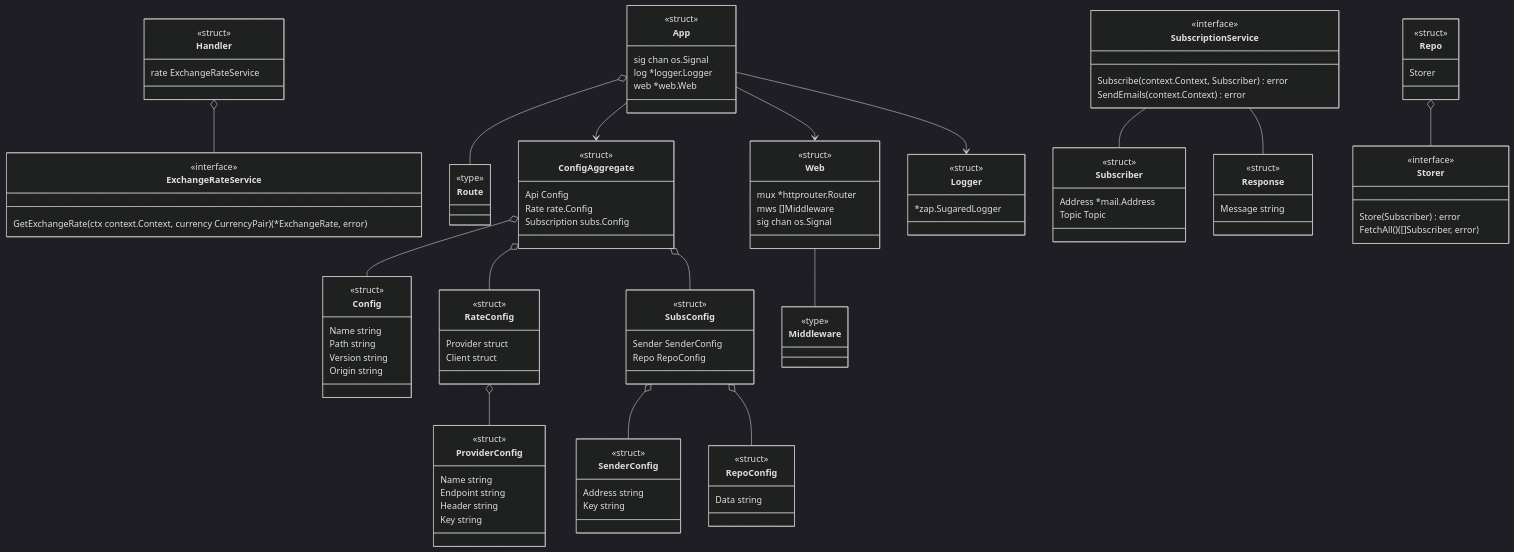
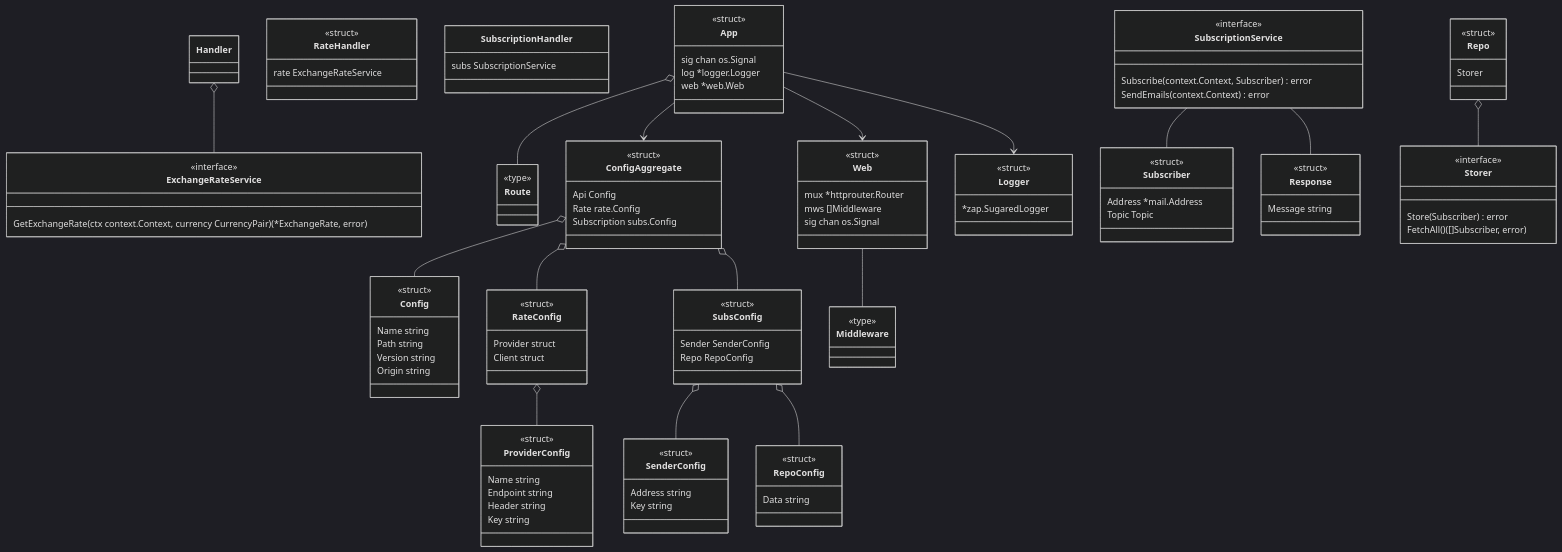
One commit to delveper/xrate changed the second of 2 diagrams in README.md. Above: the diagram before and after it, drawn with Mermaid (dark theme). The commit also changed other lines of this file and 17 other files, not shown here.

````diff
--- a/README.md
+++ b/README.md
@@ -209,10 +209,15 @@
         Version string
         Origin string
     }
-    class Handler {
+    class RateHandler {
         <<struct>>
         rate ExchangeRateService
     }
+    
+    class SubscriptionHandler{
+        subs SubscriptionService 
+    }
+    
     class ExchangeRateService {
         <<interface>>
         GetExchangeRate(ctx context.Context, currency CurrencyPair) (*ExchangeRate, error)
@@ -284,6 +289,7 @@
     App o-- Route
     App --> ConfigAggregate
     App --> Web
+    App --> Logger
     ConfigAggregate o-- Config
     ConfigAggregate o-- RateConfig
     ConfigAggregate o-- SubsConfig
@@ -295,5 +301,4 @@
     SubsConfig o-- SenderConfig
     SubsConfig o-- RepoConfig
     Repo o-- Storer
-    App --> Logger
 ```
````
